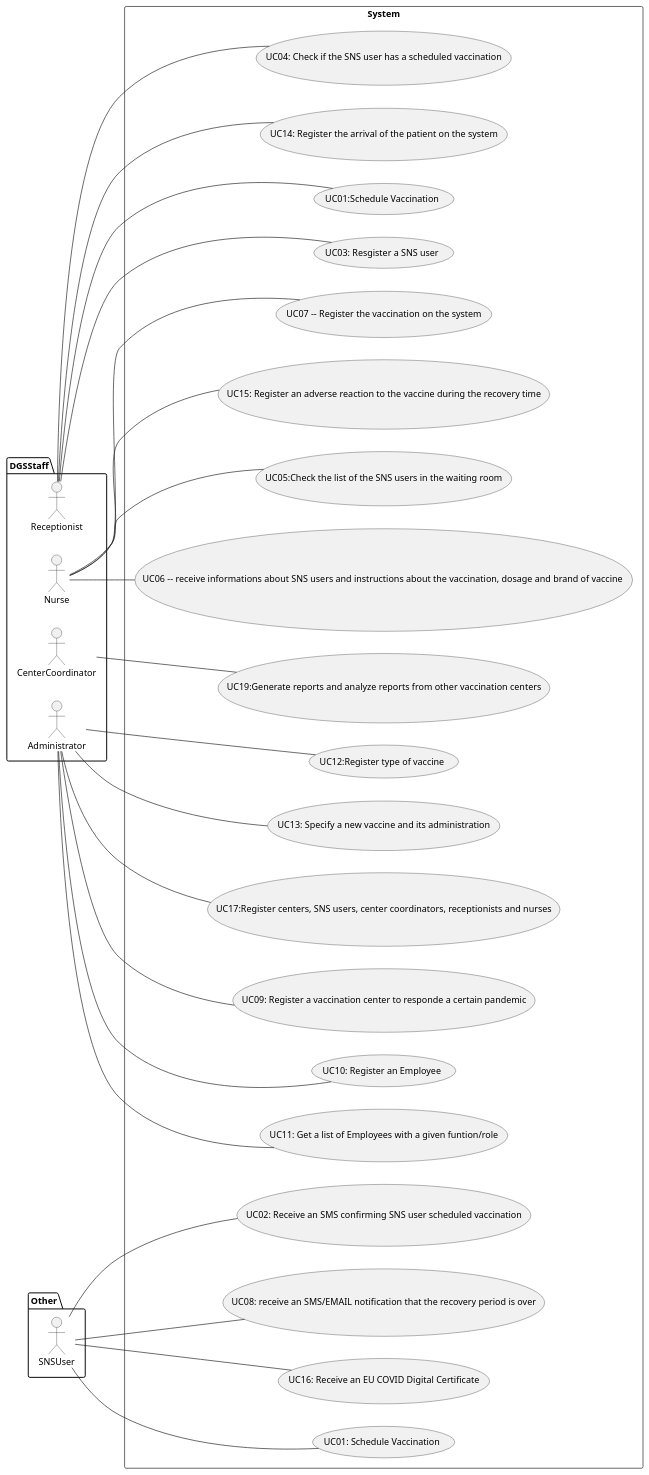
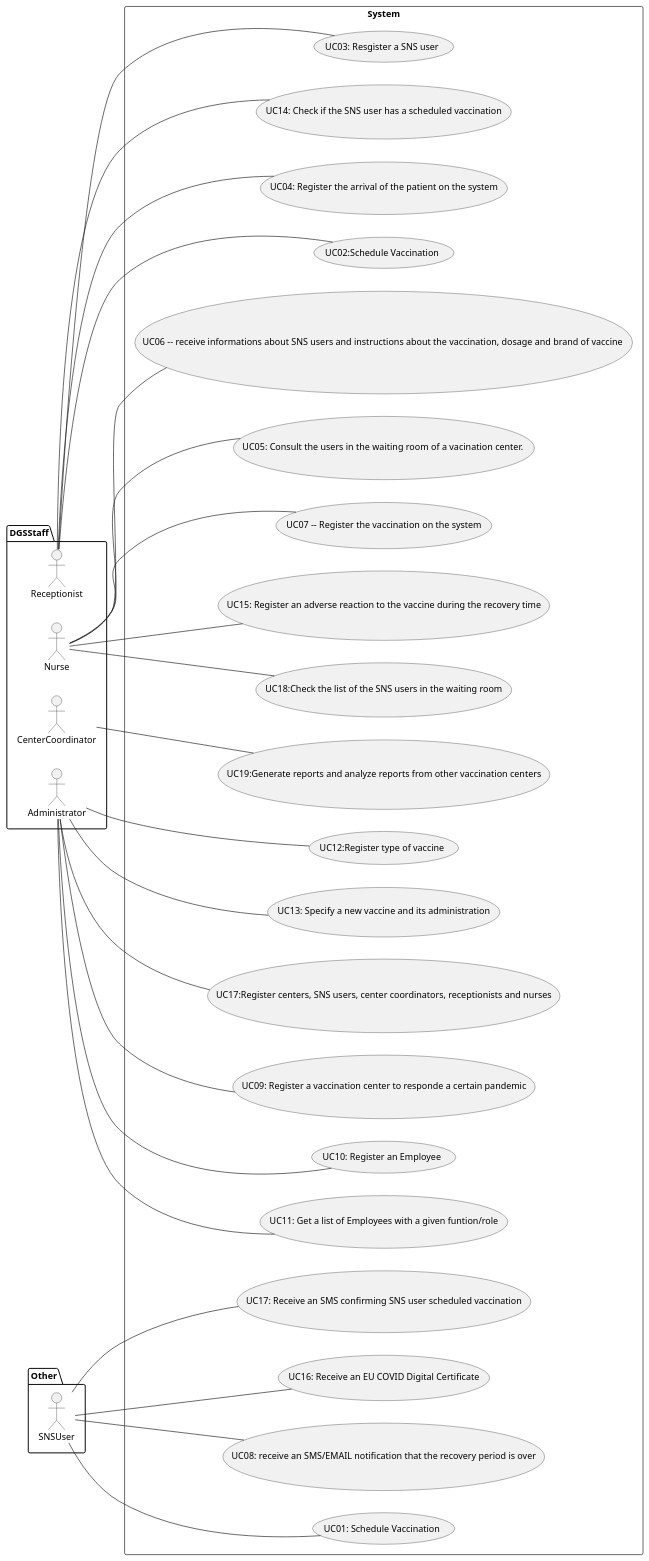
The diagram in docs/SprintC/UCD.puml (osnilas/SNSsystem), drawn with PlantUML before and after one commit. The commit also changed 12 other files, not shown here.

```diff
--- a/docs/SprintC/UCD.puml
+++ b/docs/SprintC/UCD.puml
@@ -1,38 +1,39 @@
 @startuml
 left to right direction
 
 package DGSStaff {
   actor Receptionist
   actor Nurse
   actor CenterCoordinator
   actor Administrator
 
 }
 package Other {
 actor SNSUser
 }
 
 rectangle System {
 
         Receptionist -- (UC03: Resgister a SNS user)
-        Receptionist -- (UC04: Check if the SNS user has a scheduled vaccination)
-        Receptionist -- (UC14: Register the arrival of the patient on the system)
+        Receptionist -- (UC14: Check if the SNS user has a scheduled vaccination)
+        Receptionist -- (UC04: Register the arrival of the patient on the system)
         SNSUser -- (UC01: Schedule Vaccination)
-        SNSUser -- (UC02: Receive an SMS confirming SNS user scheduled vaccination)
-        Nurse -- (UC05:Check the list of the SNS users in the waiting room)
+        SNSUser -- (UC17: Receive an SMS confirming SNS user scheduled vaccination)
+        Nurse -- (UC18:Check the list of the SNS users in the waiting room)
         CenterCoordinator  -- (UC19:Generate reports and analyze reports from other vaccination centers)
         Administrator -- (UC09: Register a vaccination center to responde a certain pandemic)
         Administrator -- (UC10: Register an Employee)
         Administrator -- (UC11: Get a list of Employees with a given funtion/role)
         Administrator -- (UC12:Register type of vaccine)
         Administrator -- (UC13: Specify a new vaccine and its administration)
         Administrator -- (UC17:Register centers, SNS users, center coordinators, receptionists and nurses)
         Nurse -- (UC06 -- receive informations about SNS users and instructions about the vaccination, dosage and brand of vaccine )
+        Nurse -- (UC05: Consult the users in the waiting room of a vacination center. )
         Nurse -- (UC07 -- Register the vaccination on the system)
         SNSUser-- (UC08: receive an SMS/EMAIL notification that the recovery period is over)
         Nurse -- (UC15: Register an adverse reaction to the vaccine during the recovery time)
         SNSUser-- (UC16: Receive an EU COVID Digital Certificate)
-        Receptionist -- (UC01:Schedule Vaccination)
+        Receptionist -- (UC02:Schedule Vaccination)
 
    }
 @enduml
```
